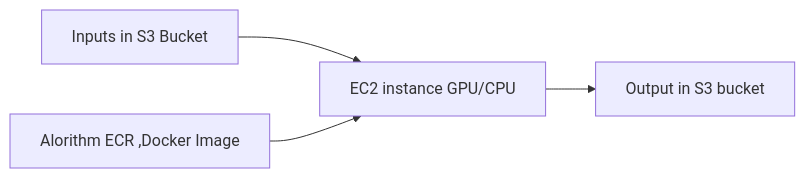
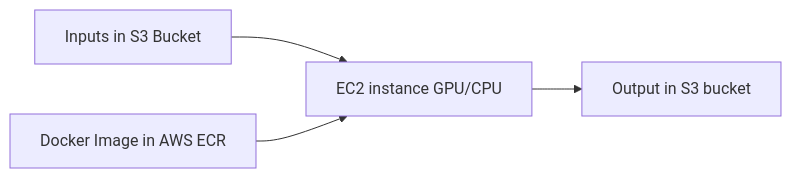
One commit to abinashpun/AISQUAD changed the diagram in training.md. Above: the diagram before and after it, drawn with Mermaid. The commit also changed other lines of this file, not shown here.

````diff
--- a/training.md
+++ b/training.md
@@ -7,6 +8,6 @@
 ```mermaid
 graph LR;
 A[Inputs in S3 Bucket] -->C[EC2 instance GPU/CPU];
-    B[Alorithm ECR ,Docker Image] -->C;
+    B[Docker Image in AWS ECR] -->C;
     C -->D[Output in S3 bucket];
 ```
````
